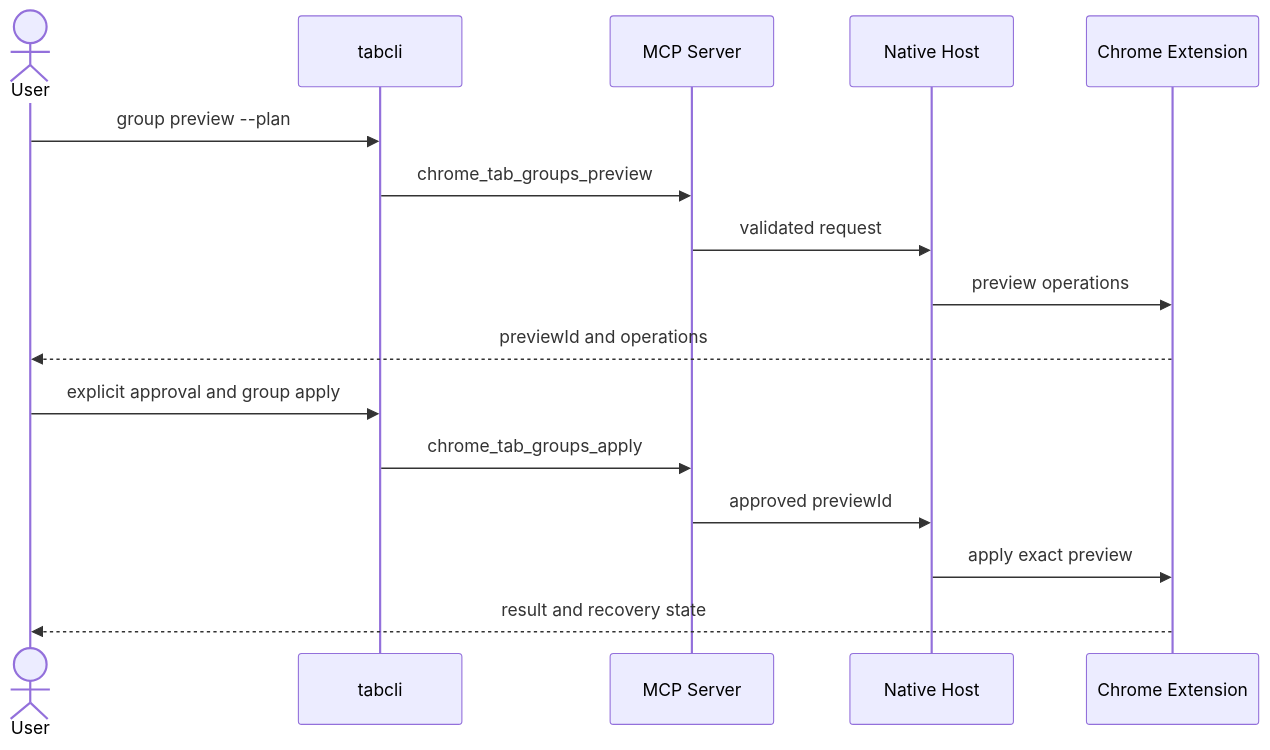
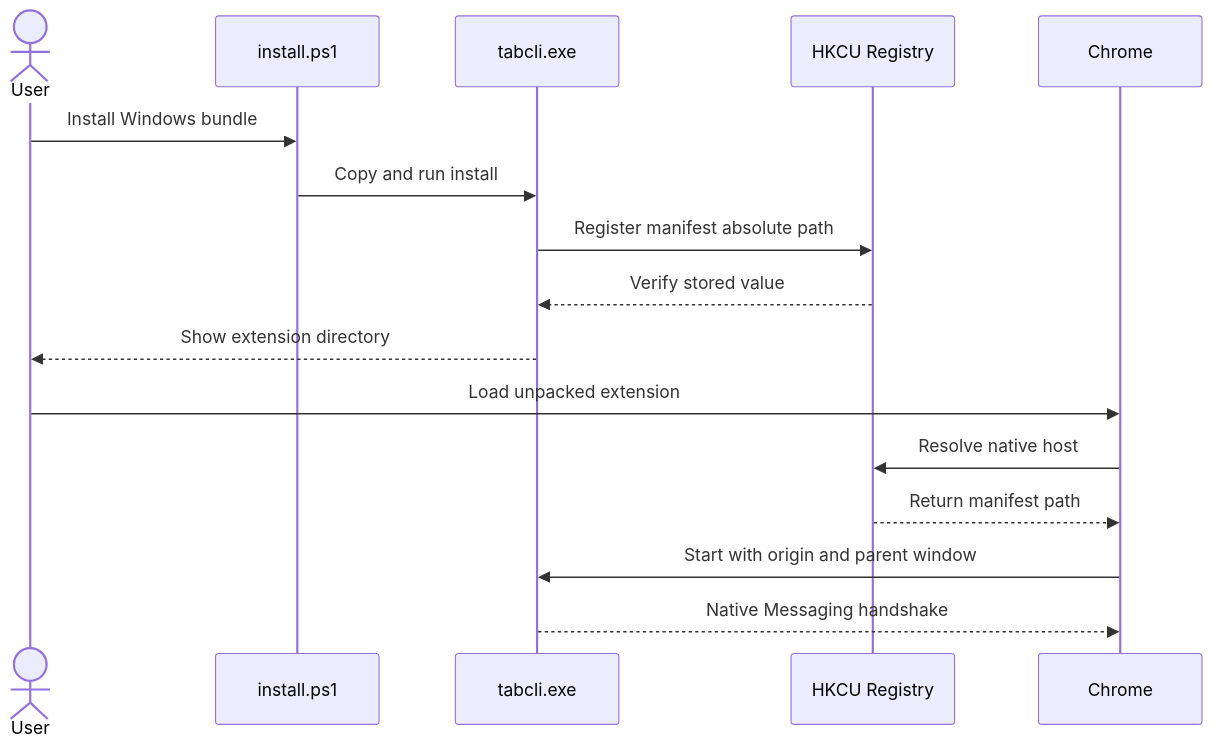
The second of 2 diagrams in docs/plans/260719-s01-tabcli-command-flattening.md (masahide/tabcli), drawn with Mermaid before and after one commit. The commit also changed other lines of this file, not shown here.

Commit message:
Implement new feature for user authentication and improve error handling

````diff
--- a/docs/plans/260719-s01-tabcli-command-flattening.md
+++ b/docs/plans/260719-s01-tabcli-command-flattening.md
@@ -314,18 +410,18 @@
 ```mermaid
 sequenceDiagram
     actor User
-    participant CLI as tabcli
-    participant MCP as MCP Server
-    participant Host as Native Host
-    participant Ext as Chrome Extension
-    User->>CLI: group preview --plan
-    CLI->>MCP: chrome_tab_groups_preview
-    MCP->>Host: validated request
-    Host->>Ext: preview operations
-    Ext-->>User: previewId and operations
-    User->>CLI: explicit approval and group apply
-    CLI->>MCP: chrome_tab_groups_apply
-    MCP->>Host: approved previewId
-    Host->>Ext: apply exact preview
-    Ext-->>User: result and recovery state
+    participant PS as install.ps1
+    participant CLI as tabcli.exe
+    participant Reg as HKCU Registry
+    participant Chrome
+    User->>PS: Install Windows bundle
+    PS->>CLI: Copy and run install
+    CLI->>Reg: Register manifest absolute path
+    Reg-->>CLI: Verify stored value
+    CLI-->>User: Show extension directory
+    User->>Chrome: Load unpacked extension
+    Chrome->>Reg: Resolve native host
+    Reg-->>Chrome: Return manifest path
+    Chrome->>CLI: Start with origin and parent window
+    CLI-->>Chrome: Native Messaging handshake
 ```
````
